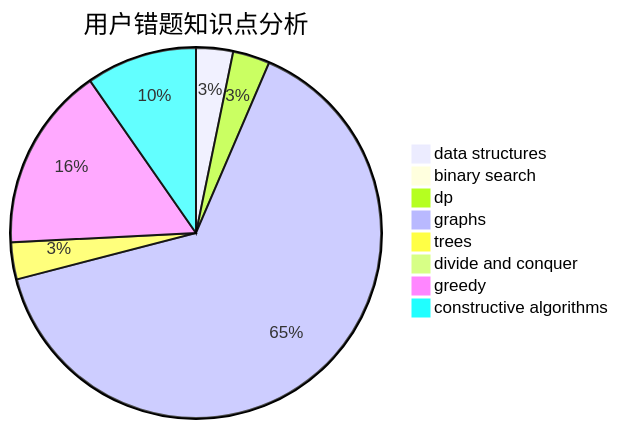
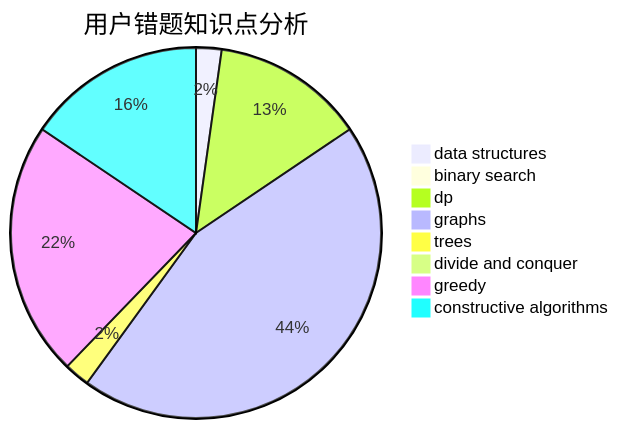
The third of 3 diagrams in docs/user/u2668.md (sherpahu/cfrs.github.io), drawn with Mermaid before and after one commit. The commit also changed other lines of this file and 2770 other files, not shown here.

````diff
--- a/docs/user/u2668.md
+++ b/docs/user/u2668.md
@@ -36,11 +36,11 @@
 ```mermaid
 pie title 用户错题知识点分析
     "data structures" :  1
     "binary search" :  0
-    "dp" :  1
+    "dp" :  6
     "graphs" :  20
     "trees" :  1
     "divide and conquer" :  0
-    "greedy" :  5
-    "constructive algorithms" :  3
+    "greedy" :  10
+    "constructive algorithms" :  7
 ```
````
